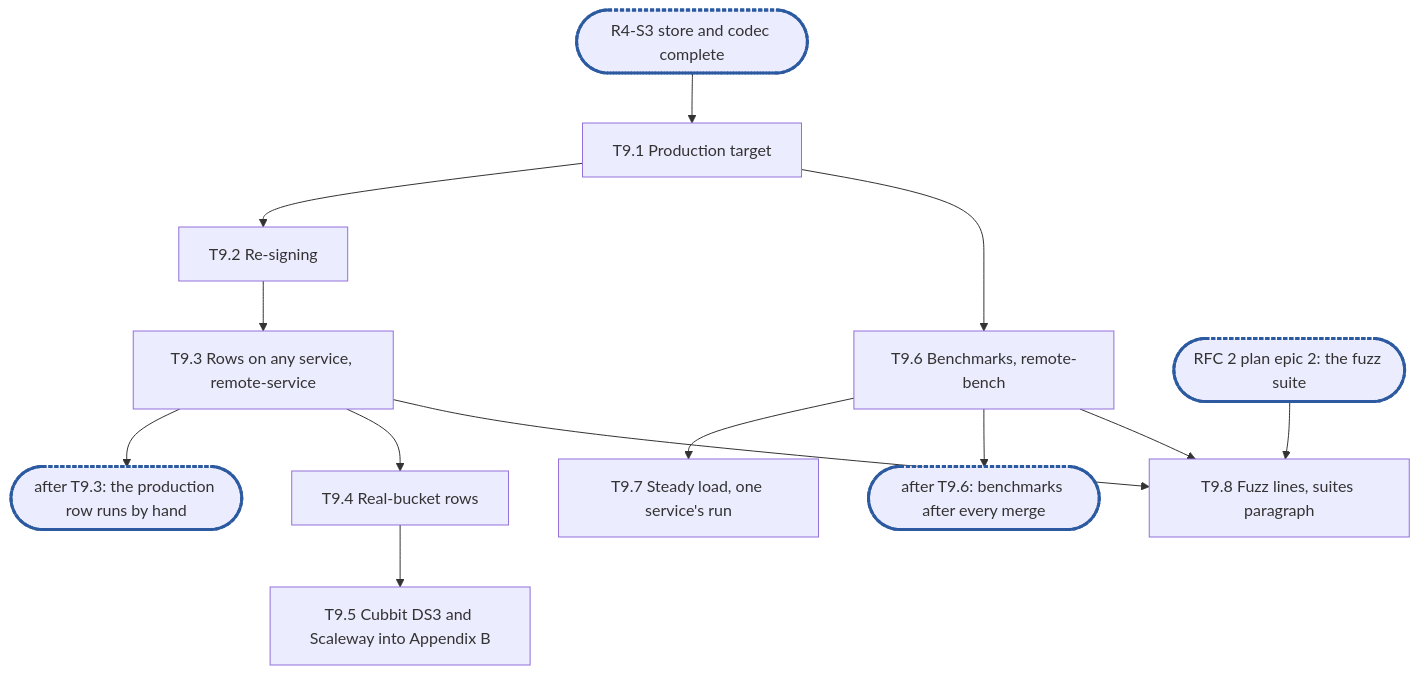
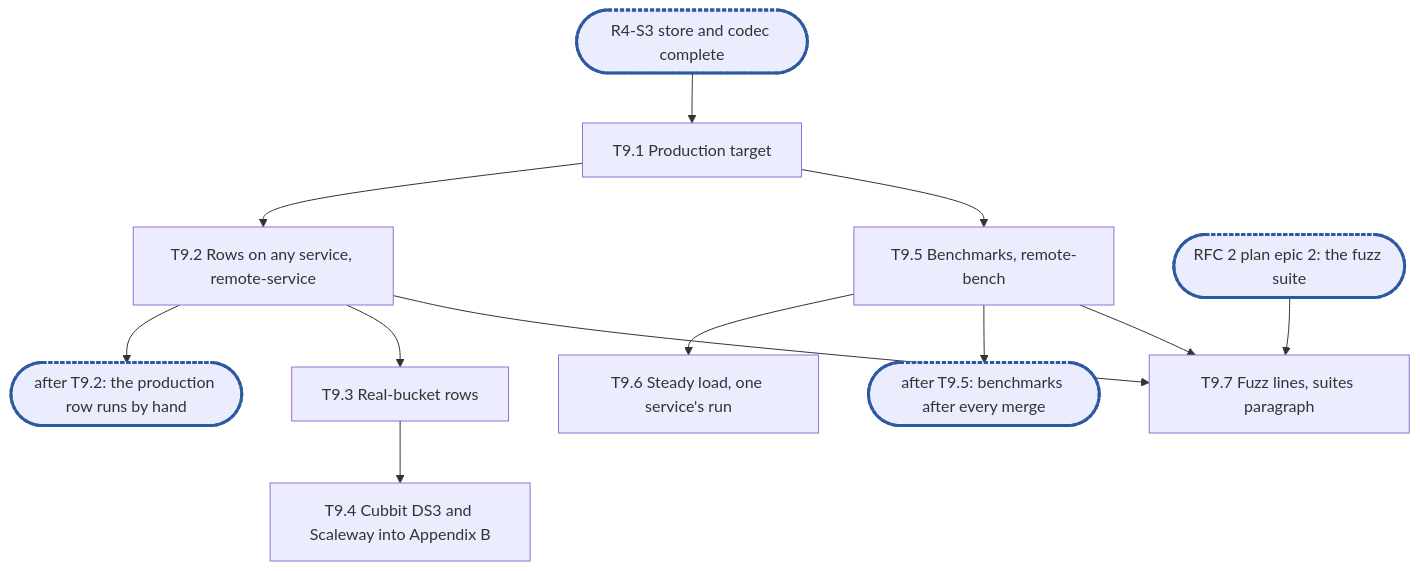
Before and after one commit to cubbit/dittofs: the diagram in .planning/rfc-4-remote-tier-epic9.md, drawn with Mermaid. The commit also changed other lines of this file, not shown here.

Commit message:
docs(planning): wip, fold the architect pass into RFC 4 epic 9

````diff
--- a/.planning/rfc-4-remote-tier-epic9.md
+++ b/.planning/rfc-4-remote-tier-epic9.md
@@ -466,12 +448,12 @@
 ```mermaid
 flowchart TD
   RS3(["R4-S3 store and codec complete"]):::sync --> T9_1["T9.1 Production target"]
-  T9_1 --> T9_2["T9.2 Re-signing"] --> T9_3["T9.3 Rows on any service, remote-service"]
-  T9_3 --> C1(["after T9.3: the production row runs by hand"]):::sync
-  T9_3 --> T9_4["T9.4 Real-bucket rows"] --> T9_5["T9.5 Cubbit DS3 and Scaleway into Appendix B"]
-  T9_1 --> T9_6["T9.6 Benchmarks, remote-bench"] --> T9_7["T9.7 Steady load, one service's run"]
-  T9_6 --> C2(["after T9.6: benchmarks after every merge"]):::sync
-  R2E2(["RFC 2 plan epic 2: the fuzz suite"]):::sync --> T9_8["T9.8 Fuzz lines, suites paragraph"]
-  T9_3 & T9_6 --> T9_8
+  T9_1 --> T9_2["T9.2 Rows on any service, remote-service"]
+  T9_2 --> C1(["after T9.2: the production row runs by hand"]):::sync
+  T9_2 --> T9_3["T9.3 Real-bucket rows"] --> T9_4["T9.4 Cubbit DS3 and Scaleway into Appendix B"]
+  T9_1 --> T9_5["T9.5 Benchmarks, remote-bench"] --> T9_6["T9.6 Steady load, one service's run"]
+  T9_5 --> C2(["after T9.5: benchmarks after every merge"]):::sync
+  R2E2(["RFC 2 plan epic 2: the fuzz suite"]):::sync --> T9_7["T9.7 Fuzz lines, suites paragraph"]
+  T9_2 & T9_5 --> T9_7
   classDef sync stroke:#2c5aa0,stroke-width:3px,stroke-dasharray:4 2
 ```
````
